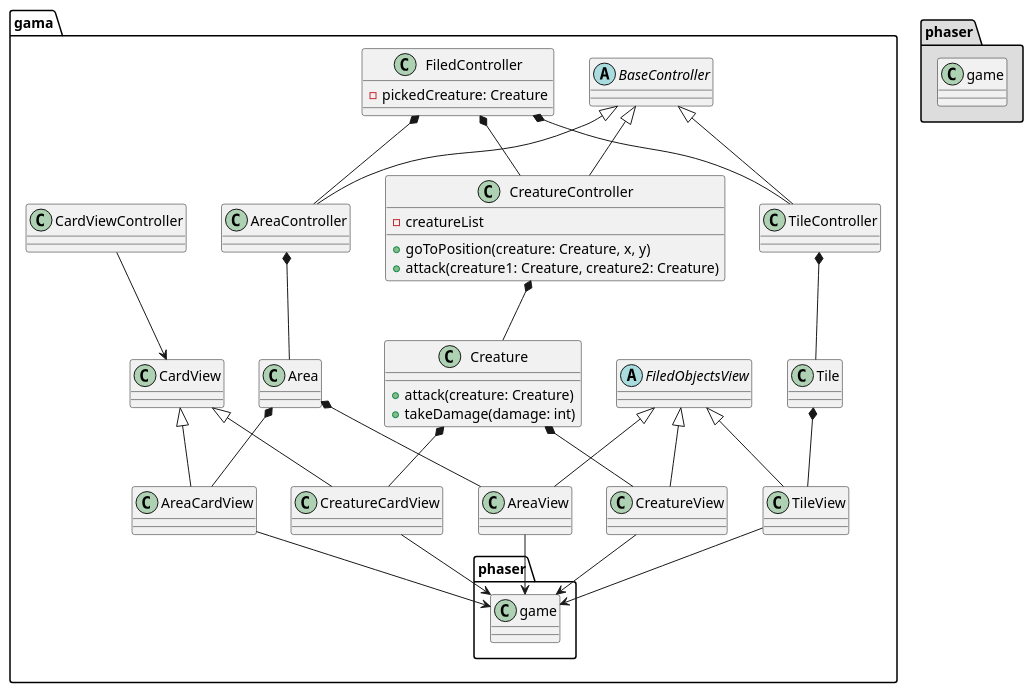
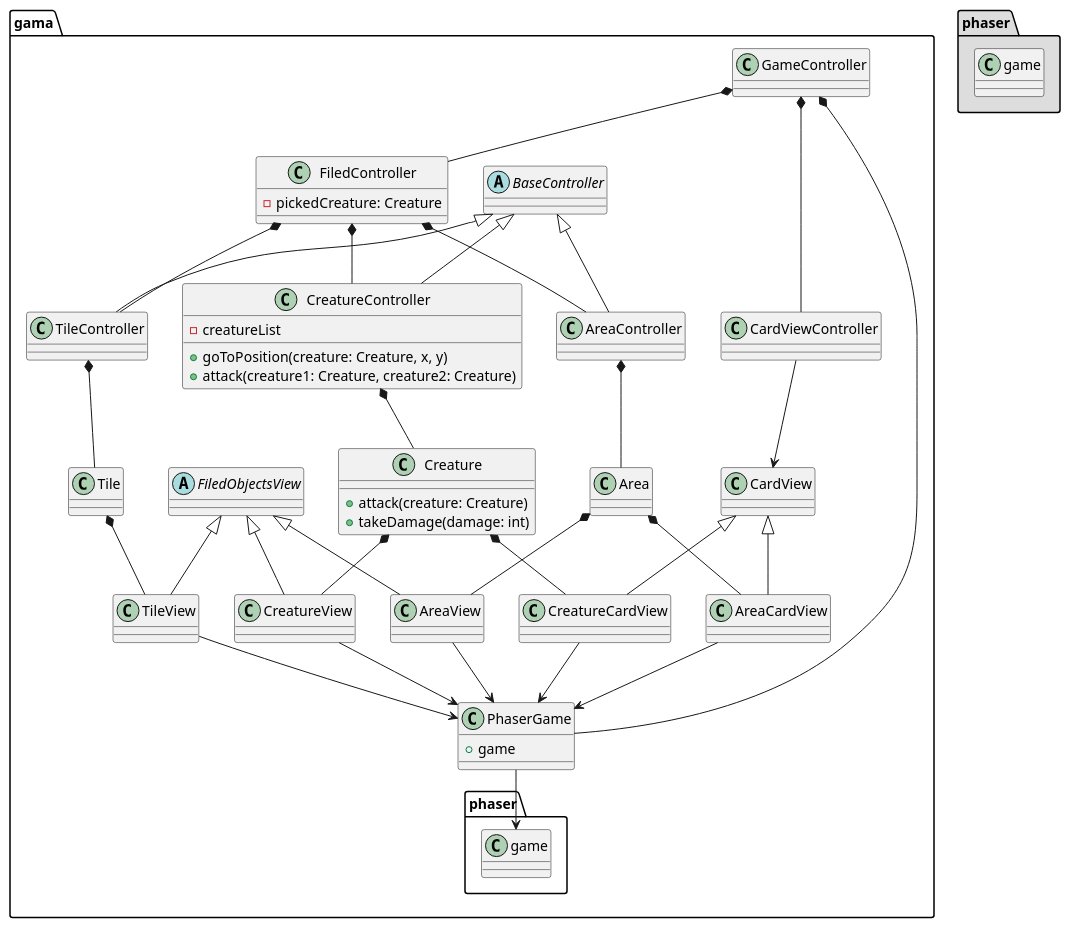
Before and after one commit to gamesFTW/phaser-card-game-client: the diagram in uml/base.puml, drawn with PlantUML.

Commit message:
Change uml

```diff
--- a/uml/base.puml
+++ b/uml/base.puml
@@ -1,96 +1,108 @@
 @startuml
 
 package "gama" {
     abstract class BaseController
 
 
     abstract class FiledObjectsView
 
 
     abstract class CardView
+    
+    
+    class GameController
+    GameController *-- PhaserGame
+    GameController *-- FiledController
+    GameController *-- CardViewController
+
+
+    class PhaserGame {
+        + game
+    }
+    PhaserGame --> phaser.game
 
 
     class FiledController {
         - pickedCreature: Creature
     }
     FiledController *-- TileController
     FiledController *-- CreatureController
     FiledController *-- AreaController
 
 
     class CardView
 
 
     class CardViewController
     CardViewController --> CardView
 
 
     '''Tile'''
     class TileController
     BaseController <|-- TileController
     TileController *-- Tile
 
 
     class Tile
     Tile *-- TileView
 
 
     class TileView
     FiledObjectsView <|-- TileView
-    TileView --> phaser.game
+    TileView --> PhaserGame
 
 
     '''Creature'''
     class CreatureController {
         - creatureList
         + goToPosition(creature: Creature, x, y)
         + attack(creature1: Creature, creature2: Creature)
     }
     BaseController <|-- CreatureController
     CreatureController *-- Creature
 
 
     class Creature {
         + attack(creature: Creature)
         + takeDamage(damage: int)
     }
     Creature *-- CreatureView
     Creature *-- CreatureCardView
 
 
     class CreatureView
     FiledObjectsView <|-- CreatureView
-    CreatureView --> phaser.game
+    CreatureView --> PhaserGame
 
 
     class CreatureCardView
     CardView <|-- CreatureCardView
-    CreatureCardView --> phaser.game
+    CreatureCardView --> PhaserGame
 
 
     '''Area'''
     class AreaController
     BaseController <|-- AreaController
     AreaController *-- Area
 
 
     class Area
     Area *-- AreaView
     Area *-- AreaCardView
 
 
     class AreaView
     FiledObjectsView <|-- AreaView
-    AreaView --> phaser.game
+    AreaView --> PhaserGame
 
 
     class AreaCardView
     CardView <|-- AreaCardView
-    AreaCardView --> phaser.game
+    AreaCardView --> PhaserGame
 }
 
 
 package "phaser" #DDDDDD {
     class game
 }
 @enduml
```
